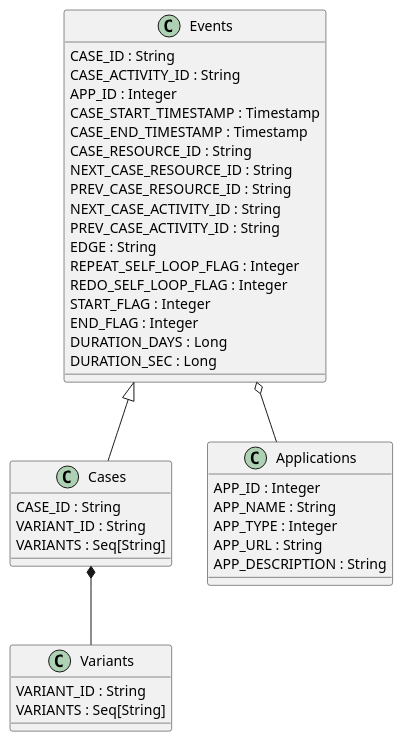
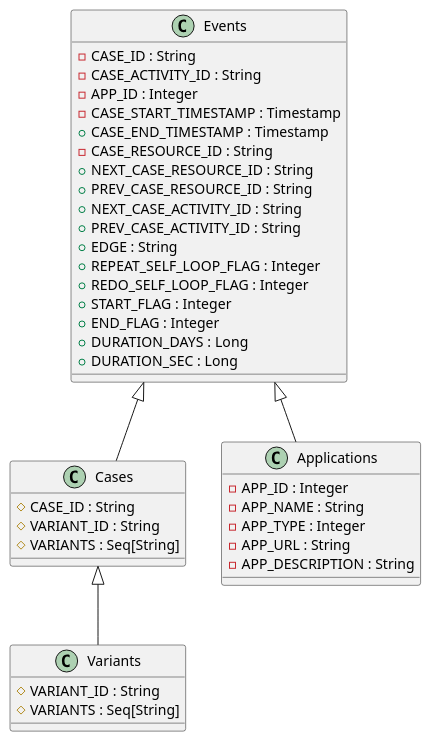
Before and after one commit to fcenedes/flows: the diagram in flow.md, drawn with PlantUML.

```diff
--- a/flow.md
+++ b/flow.md
@@ -20,49 +20,49 @@
 @startuml
 
 
 class Events {
-   CASE_ID : String
-   CASE_ACTIVITY_ID : String
-   APP_ID : Integer
-   CASE_START_TIMESTAMP : Timestamp
-   CASE_END_TIMESTAMP : Timestamp
-   CASE_RESOURCE_ID : String
-   NEXT_CASE_RESOURCE_ID : String
-   PREV_CASE_RESOURCE_ID : String
-   NEXT_CASE_ACTIVITY_ID : String
-   PREV_CASE_ACTIVITY_ID : String
-   EDGE : String
-   REPEAT_SELF_LOOP_FLAG : Integer
-   REDO_SELF_LOOP_FLAG : Integer
-   START_FLAG : Integer
-   END_FLAG : Integer
-   DURATION_DAYS : Long
-   DURATION_SEC : Long
+   -CASE_ID : String
+   -CASE_ACTIVITY_ID : String
+   -APP_ID : Integer
+   -CASE_START_TIMESTAMP : Timestamp
+   +CASE_END_TIMESTAMP : Timestamp
+   -CASE_RESOURCE_ID : String
+   +NEXT_CASE_RESOURCE_ID : String
+   +PREV_CASE_RESOURCE_ID : String
+   +NEXT_CASE_ACTIVITY_ID : String
+   +PREV_CASE_ACTIVITY_ID : String
+   +EDGE : String
+   +REPEAT_SELF_LOOP_FLAG : Integer
+   +REDO_SELF_LOOP_FLAG : Integer
+   +START_FLAG : Integer
+   +END_FLAG : Integer
+   +DURATION_DAYS : Long
+   +DURATION_SEC : Long
    
 }
 
 class Cases {
-  CASE_ID : String
-  VARIANT_ID : String
-  VARIANTS : Seq[String]
+  #CASE_ID : String
+  #VARIANT_ID : String
+  #VARIANTS : Seq[String]
 }
 
 class Variants {
-   VARIANT_ID : String
-   VARIANTS : Seq[String]
+   #VARIANT_ID : String
+   #VARIANTS : Seq[String]
 }
 
 class Applications {
-   APP_ID : Integer
-   APP_NAME : String
-   APP_TYPE : Integer
-   APP_URL : String
-   APP_DESCRIPTION : String
+   -APP_ID : Integer
+   -APP_NAME : String
+   -APP_TYPE : Integer
+   -APP_URL : String
+   -APP_DESCRIPTION : String
 }
 
 
 Events <|-- Cases
-Cases *-- Variants
-Events o-- Applications
+Cases <|-- Variants
+Events <|-- Applications
 
 @enduml
```
